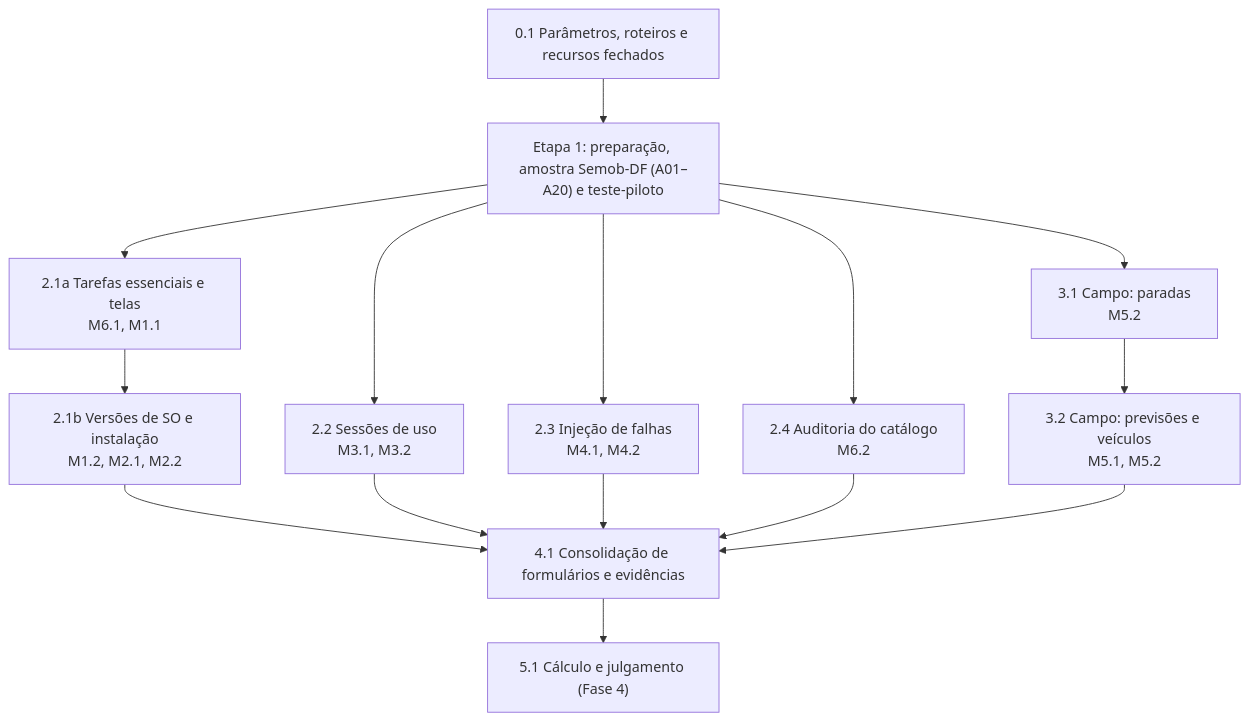
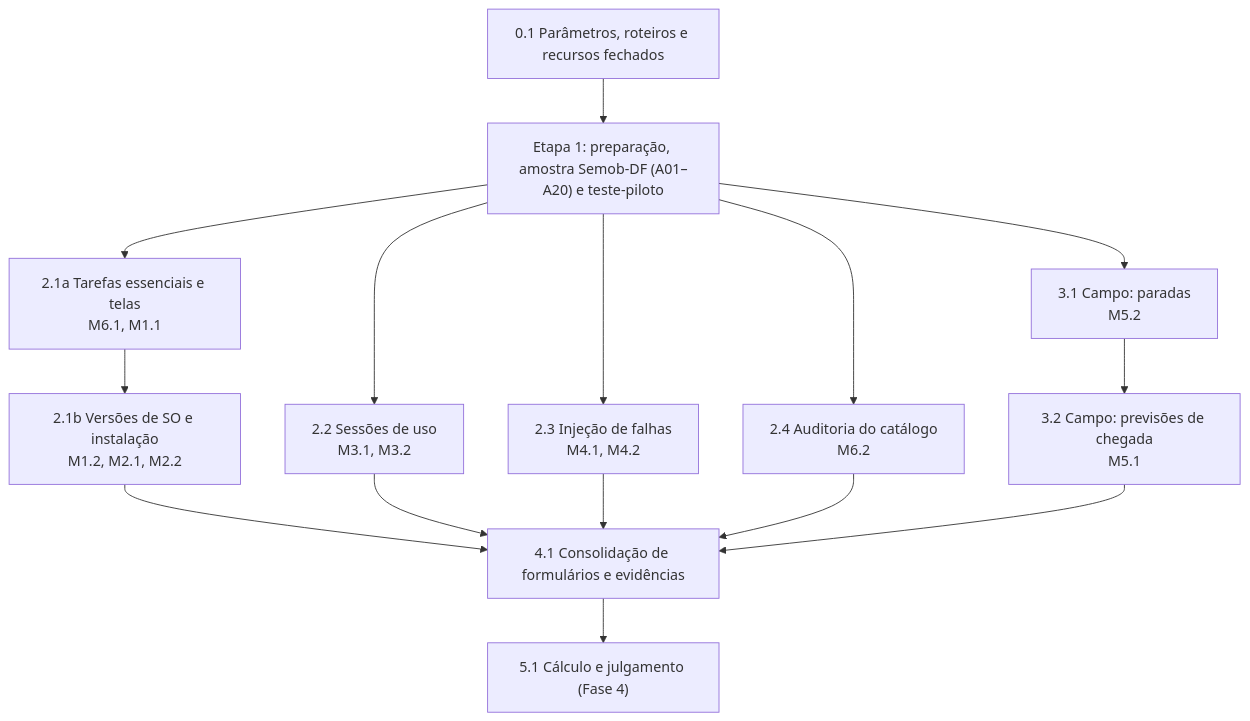
One commit to FCTE-Qualidade-de-Software-1/2026-2_T02_CAROL_SHAW changed the diagram in docs/fase3/4-cronograma.md. Above: the diagram before and after it, drawn with Mermaid. The commit also changed other lines of this file and 96 other files, not shown here.

````diff
--- a/docs/fase3/4-cronograma.md
+++ b/docs/fase3/4-cronograma.md
@@ -36,17 +36,17 @@
 ```mermaid
 flowchart TD
     P["0.1 Parâmetros, roteiros e recursos fechados"] --> E1["Etapa 1: preparação, amostra Semob-DF (A01–A20) e teste-piloto"]
     E1 --> A["2.1a Tarefas essenciais e telas<br>M6.1, M1.1"]
     A --> B["2.1b Versões de SO e instalação<br>M1.2, M2.1, M2.2"]
     E1 --> C["2.2 Sessões de uso<br>M3.1, M3.2"]
     E1 --> D["2.3 Injeção de falhas<br>M4.1, M4.2"]
     E1 --> F["2.4 Auditoria do catálogo<br>M6.2"]
     E1 --> G["3.1 Campo: paradas<br>M5.2"]
-    G --> H["3.2 Campo: previsões e veículos<br>M5.1, M5.2"]
+    G --> H["3.2 Campo: previsões de chegada<br>M5.1"]
     B --> I["4.1 Consolidação de formulários e evidências"]
     C --> I
     D --> I
     F --> I
     H --> I
     I --> J["5.1 Cálculo e julgamento (Fase 4)"]
 ```
````
